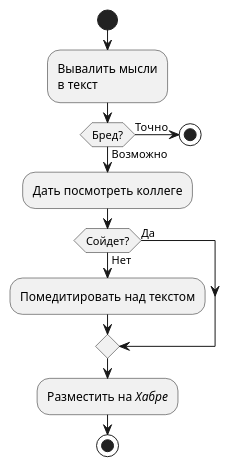
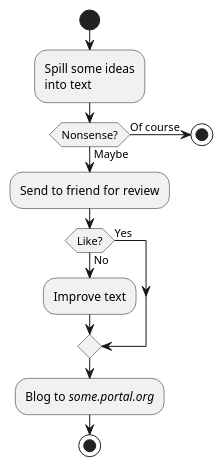
One commit to AMURWOLF/FxUML changed the diagram in example.wsd. Above: the diagram before and after it, drawn with PlantUML. The commit also changed 5 other files, not shown here.

```diff
--- a/example.wsd
+++ b/example.wsd
@@ -1,16 +1,16 @@
 @startuml
 start
-:Вывалить мысли
-в текст;
-if (Бред?) then (Возможно)
-    :Дать посмотреть коллеге;
-    if (Сойдет?) then (Да)
-    else (Нет)
-        :Помедитировать над текстом;
+:Spill some ideas
+into text;
+if (Nonsense?) then (Maybe)
+    :Send to friend for review;
+    if (Like?) then (Yes)
+    else (No)
+        :Improve text;
     endif
-    :Разместить на //Хабре//;
-else (Точно)
+    :Blog to //some.portal.org//;
+else (Of course)
     stop
 endif
 stop
 @enduml
```
